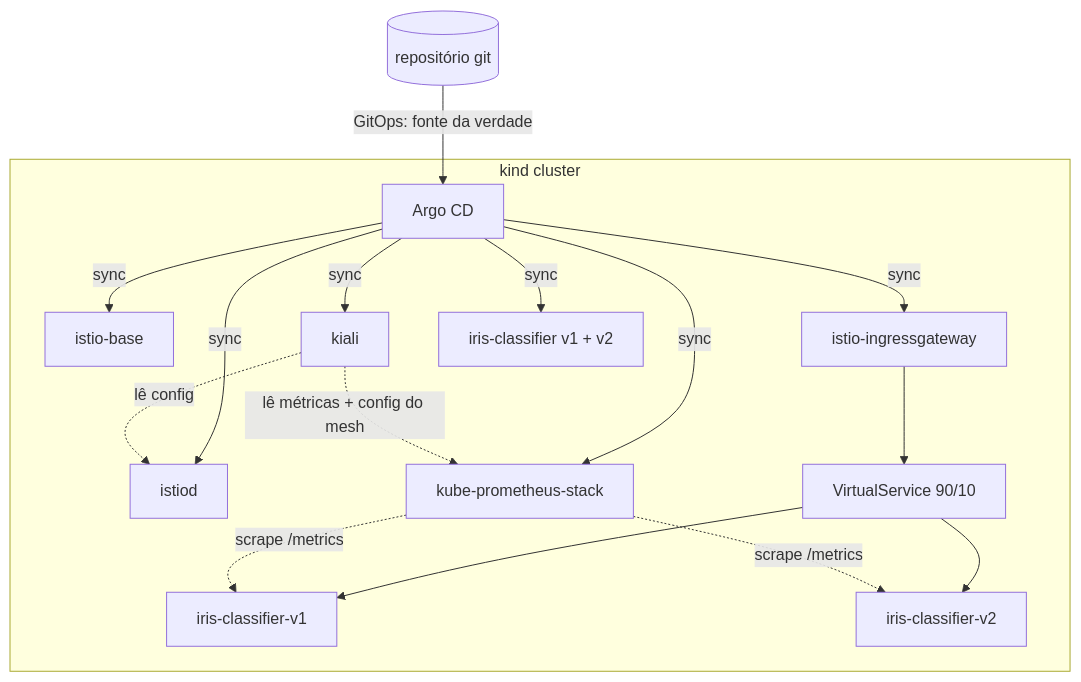
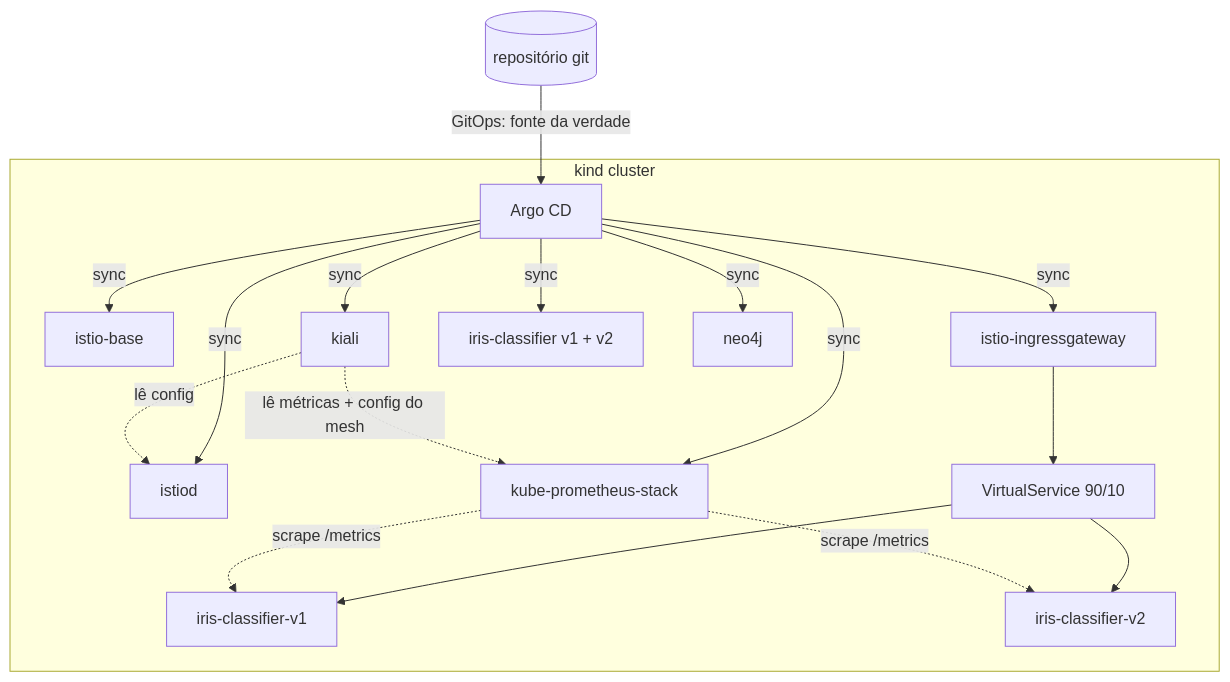
The diagram in README.md (jgpjuniorj/training), drawn with Mermaid before and after one commit. The commit also changed other lines of this file and 3 other files, not shown here.

Commit message:
feat: add Neo4j standalone via ArgoCD, port-forward and README docs

````diff
--- a/README.md
+++ b/README.md
@@ -17,22 +17,23 @@
 ```mermaid
 graph TD
     subgraph "kind cluster"
         ArgoCD[Argo CD] -->|sync| IstioBase[istio-base]
         ArgoCD -->|sync| Istiod[istiod]
         ArgoCD -->|sync| Gateway[istio-ingressgateway]
         ArgoCD -->|sync| Prom[kube-prometheus-stack]
         ArgoCD -->|sync| Kiali[kiali]
         ArgoCD -->|sync| Iris[iris-classifier v1 + v2]
+        ArgoCD -->|sync| Neo4j[neo4j]
 
         Gateway --> VS[VirtualService 90/10]
         VS --> V1[iris-classifier-v1]
         VS --> V2[iris-classifier-v2]
 
         Prom -. scrape /metrics .-> V1
         Prom -. scrape /metrics .-> V2
         Kiali -. lê métricas + config do mesh .-> Prom
         Kiali -. lê config .-> Istiod
     end
 
     Git[(repositório git)] -->|GitOps: fonte da verdade| ArgoCD
 ```
````
